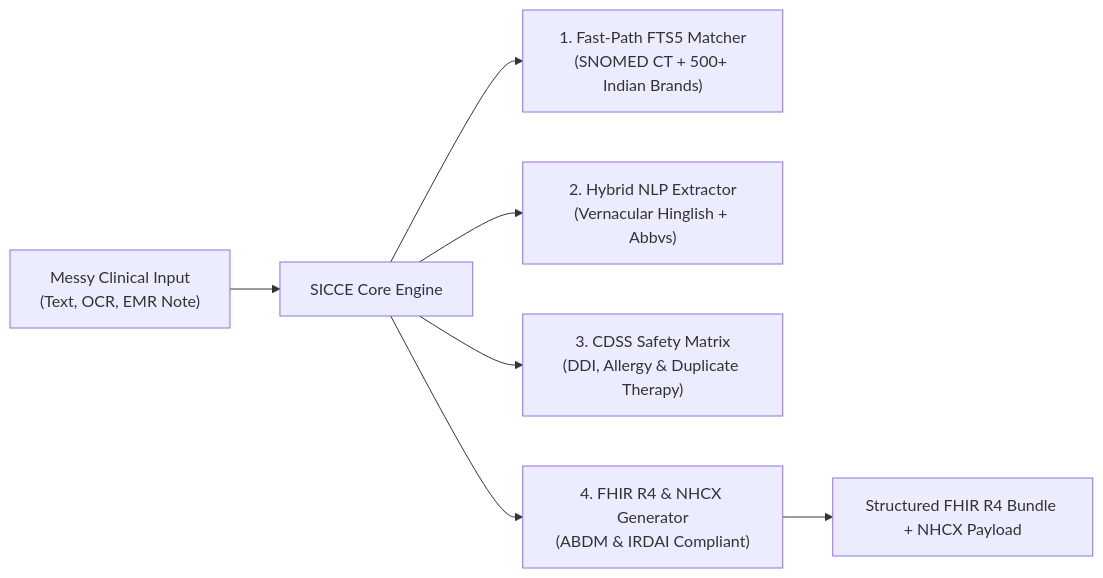
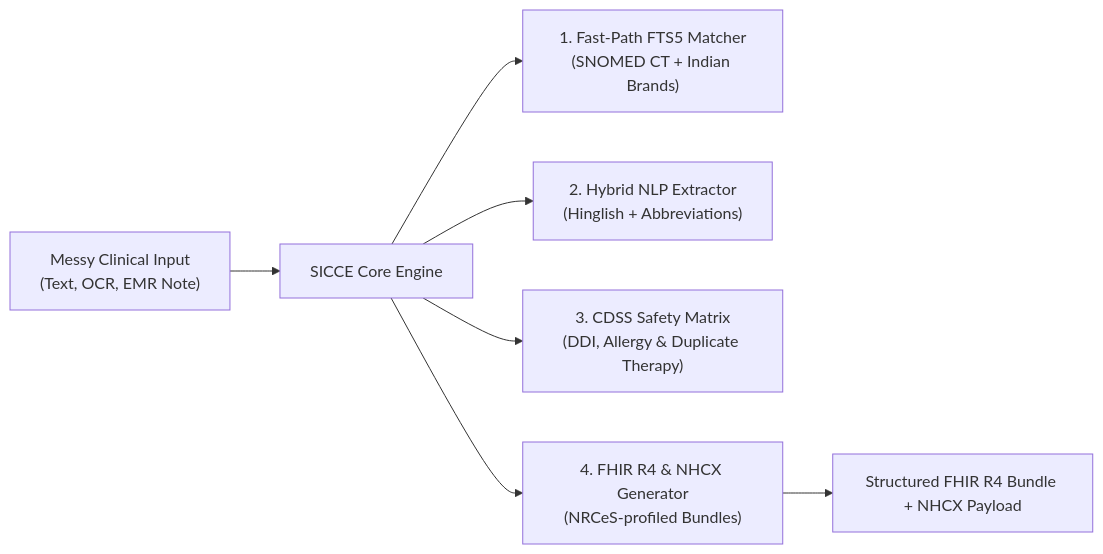
The diagram in docs/pitch/SICCE_Technical_Pitch.md (safevoice009/snomed-ct), drawn with Mermaid before and after one commit. The commit also changed other lines of this file, not shown here.

````diff
--- a/docs/pitch/SICCE_Technical_Pitch.md
+++ b/docs/pitch/SICCE_Technical_Pitch.md
@@ -24,9 +26,9 @@
 ```mermaid
 flowchart LR
     A["Messy Clinical Input<br>(Text, OCR, EMR Note)"] --> B["SICCE Core Engine"]
-    B --> C["1. Fast-Path FTS5 Matcher<br>(SNOMED CT + 500+ Indian Brands)"]
-    B --> D["2. Hybrid NLP Extractor<br>(Vernacular Hinglish + Abbvs)"]
+    B --> C["1. Fast-Path FTS5 Matcher<br>(SNOMED CT + Indian Brands)"]
+    B --> D["2. Hybrid NLP Extractor<br>(Hinglish + Abbreviations)"]
     B --> E["3. CDSS Safety Matrix<br>(DDI, Allergy & Duplicate Therapy)"]
-    B --> F["4. FHIR R4 & NHCX Generator<br>(ABDM & IRDAI Compliant)"]
+    B --> F["4. FHIR R4 & NHCX Generator<br>(NRCeS-profiled Bundles)"]
     F --> G["Structured FHIR R4 Bundle + NHCX Payload"]
 ```
````
